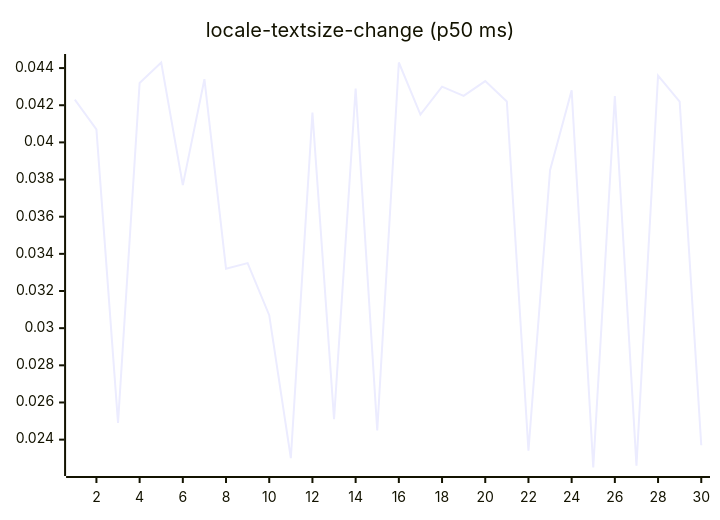
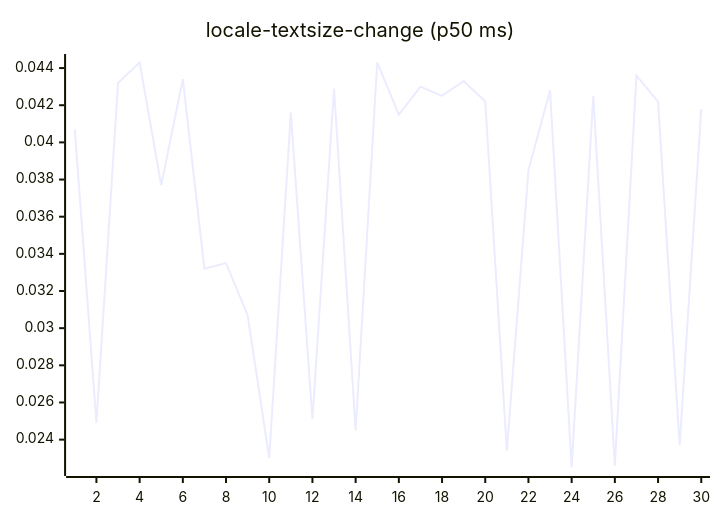
Diagram 13 of 27 in README.md (josha/Facet), drawn with Mermaid before and after one commit. The commit also changed other lines of this file and 2 other files, not shown here.

````diff
--- a/README.md
+++ b/README.md
@@ -147,6 +147,6 @@
 ```mermaid
 xychart-beta
     title "locale-textsize-change (p50 ms)"
     x-axis 1 --> 30
-    line [0.0423, 0.0407, 0.0249, 0.0432, 0.0443, 0.0377, 0.0434, 0.0332, 0.0335, 0.0307, 0.0230, 0.0416, 0.0251, 0.0429, 0.0245, 0.0443, 0.0415, 0.0430, 0.0425, 0.0433, 0.0422, 0.0234, 0.0385, 0.0428, 0.0225, 0.0425, 0.0226, 0.0436, 0.0422, 0.0237]
+    line [0.0407, 0.0249, 0.0432, 0.0443, 0.0377, 0.0434, 0.0332, 0.0335, 0.0307, 0.0230, 0.0416, 0.0251, 0.0429, 0.0245, 0.0443, 0.0415, 0.0430, 0.0425, 0.0433, 0.0422, 0.0234, 0.0385, 0.0428, 0.0225, 0.0425, 0.0226, 0.0436, 0.0422, 0.0237, 0.0418]
 ```
````
